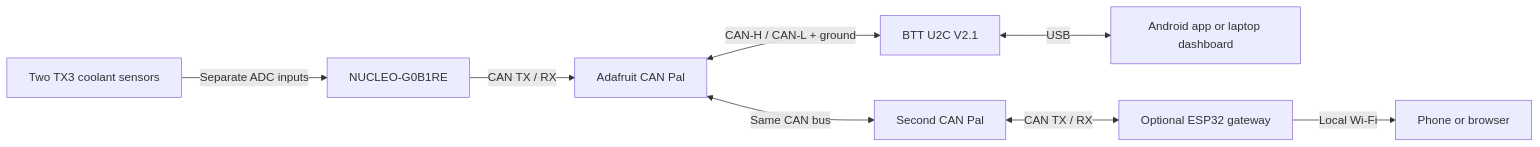
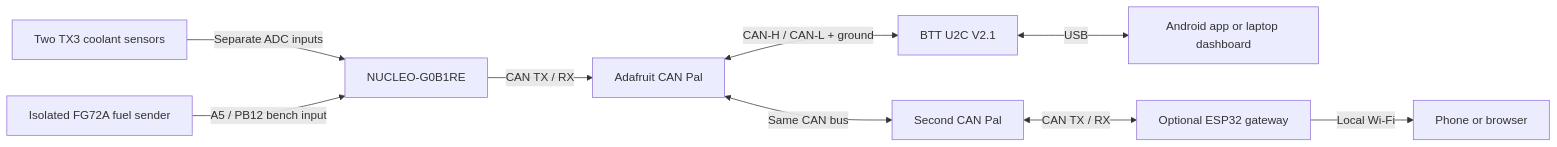
One commit to nayman898/van-canbus changed the diagram in README.md. Above: the diagram before and after it, drawn with Mermaid. The commit also changed other lines of this file and 49 other files, not shown here.

````diff
--- a/README.md
+++ b/README.md
@@ -36,10 +38,11 @@
 ```mermaid
 flowchart LR
     TX3[Two TX3 coolant sensors] -->|Separate ADC inputs| MCU[NUCLEO-G0B1RE]
+    FUEL[Isolated FG72A fuel sender] -->|A5 / PB12 bench input| MCU
     MCU -->|CAN TX / RX| PAL[Adafruit CAN Pal]
     PAL <-->|CAN-H / CAN-L + ground| U2C[BTT U2C V2.1]
     U2C <-->|USB| HOST[Android app or laptop dashboard]
     PAL <-->|Same CAN bus| WPAL[Second CAN Pal]
     WPAL <-->|CAN TX / RX| ESP[Optional ESP32 gateway]
     ESP -->|Local Wi-Fi| WEB[Phone or browser]
 ```
````
